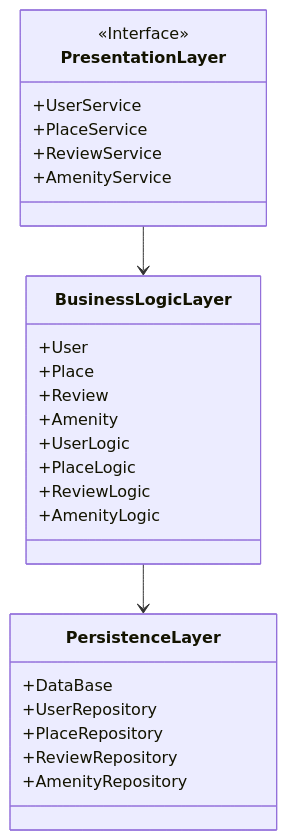
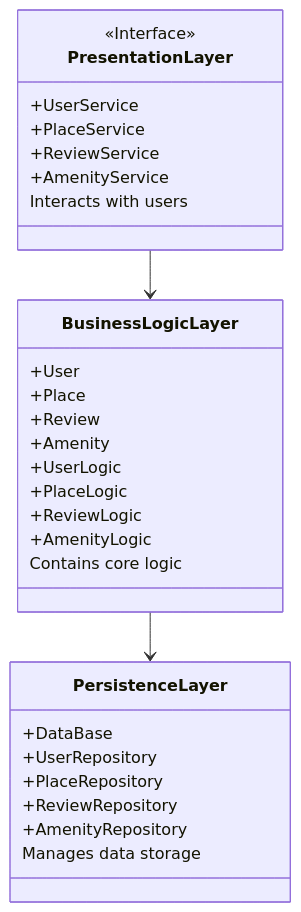
The diagram in part_1/high-level_package_diagram.md (koryos77/holbertonschool-hbnb), drawn with Mermaid before and after one commit. The commit also changed 1 other file, not shown here.

Commit message:
add description for the high level diagram and add the detailed class diagram for the business logic layer

````diff
--- a/part_1/high-level_package_diagram.md
+++ b/part_1/high-level_package_diagram.md
@@ -43,34 +43,39 @@
 ```mermaid
 
 classDiagram
     PresentationLayer --> BusinessLogicLayer
     BusinessLogicLayer --> PersistenceLayer
     class PresentationLayer{
       <<Interface>>
       +UserService
       +PlaceService
       +ReviewService
       +AmenityService
     }
 
     class BusinessLogicLayer{
       +User
       +Place
       +Review
       +Amenity
       +UserLogic
       +PlaceLogic
       +ReviewLogic
       +AmenityLogic
     }
 
     class PersistenceLayer{
       +DataBase
       +UserRepository
       +PlaceRepository
       +ReviewRepository
       +AmenityRepository
     }
+
+    %% Ajout de descriptions
+    PresentationLayer : Interacts with users
+    BusinessLogicLayer : Contains core logic
+    PersistenceLayer : Manages data storage
     
 
 ```
````
